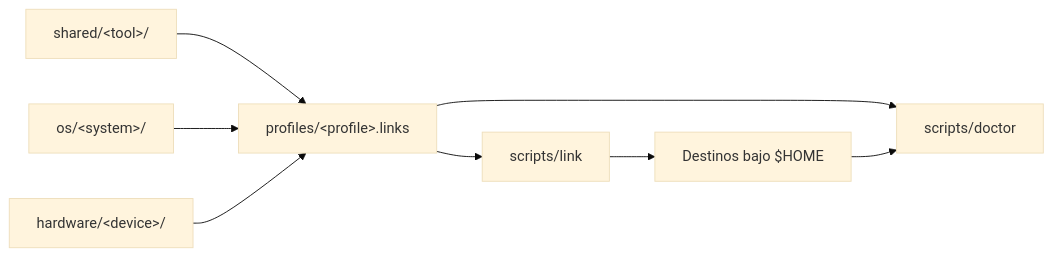
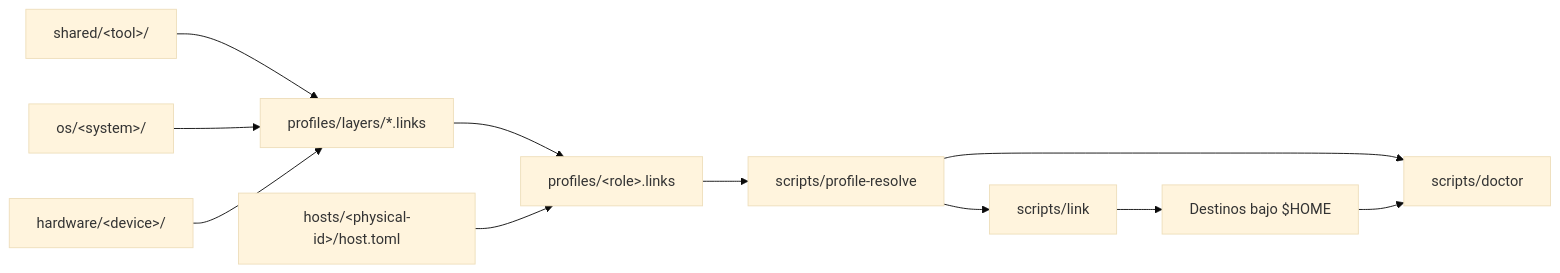
One commit to jdfesa/mydotfiles changed the diagram in docs/ARCHITECTURE.md. Above: the diagram before and after it, drawn with Mermaid (base theme). The commit also changed other lines of this file and 16 other files, not shown here.

Commit message:
docs(architecture): define workstation lifecycle

````diff
--- a/docs/ARCHITECTURE.md
+++ b/docs/ARCHITECTURE.md
@@ -97,12 +110,15 @@
 ```mermaid
 flowchart LR
-    Shared["shared/&lt;tool&gt;/"] --> Profile["profiles/&lt;profile&gt;.links"]
-    OS["os/&lt;system&gt;/"] --> Profile
-    Hardware["hardware/&lt;device&gt;/"] --> Profile
+    Shared["shared/&lt;tool&gt;/"] --> Layer["profiles/layers/*.links"]
+    OS["os/&lt;system&gt;/"] --> Layer
+    Layer --> Profile["profiles/&lt;role&gt;.links"]
+    Host["hosts/&lt;physical-id&gt;/host.toml"] --> Profile
+    Hardware["hardware/&lt;device&gt;/"] --> Layer
 
-    Profile --> Link["scripts/link"]
+    Profile --> Resolve["scripts/profile-resolve"]
+    Resolve --> Link["scripts/link"]
     Link --> Home["Destinos bajo $HOME"]
 
-    Profile --> Doctor["scripts/doctor"]
+    Resolve --> Doctor["scripts/doctor"]
     Home --> Doctor
 ```
````
